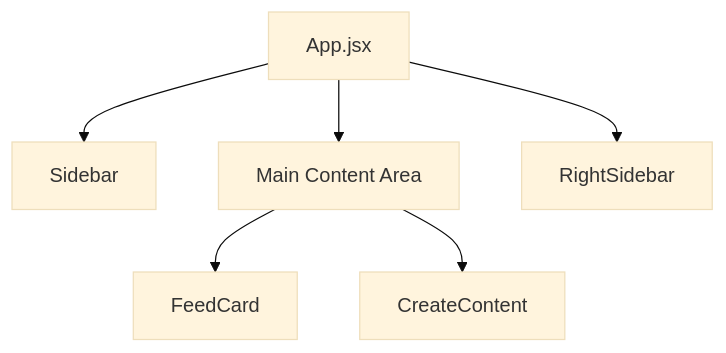
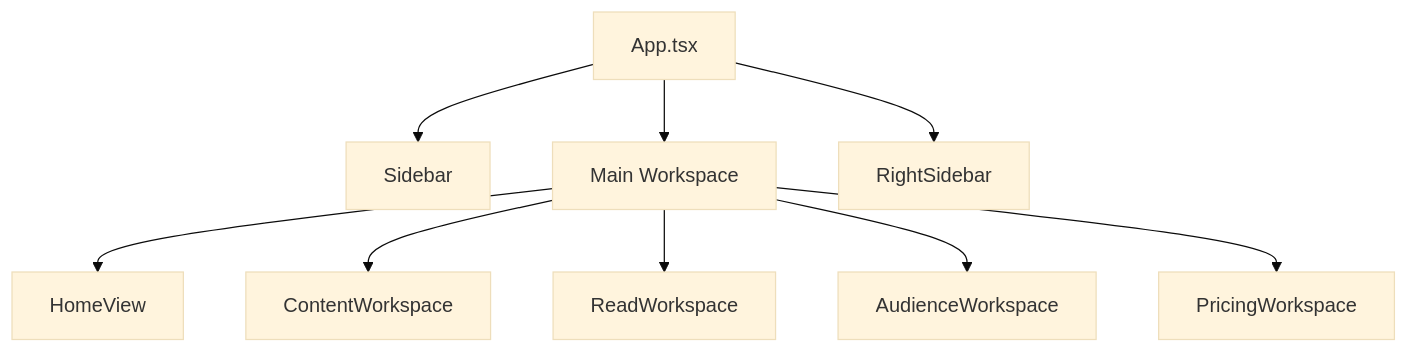
Before and after one commit to thefogusz/test: the diagram in docs/architecture/frontend.md, drawn with Mermaid (base theme). The commit also changed other lines of this file and 7 other files, not shown here.

````diff
--- a/docs/architecture/frontend.md
+++ b/docs/architecture/frontend.md
@@ -19,9 +20,12 @@
 ```mermaid
 flowchart TD
-  A["App.jsx"]
+  A["App.tsx"]
   A --> B["Sidebar"]
-  A --> C["Main Content Area"]
+  A --> C["Main Workspace"]
   A --> D["RightSidebar"]
-  C --> E["FeedCard"]
-  C --> F["CreateContent"]
+  C --> E["HomeView"]
+  C --> F["ContentWorkspace"]
+  C --> G["ReadWorkspace"]
+  C --> H["AudienceWorkspace"]
+  C --> I["PricingWorkspace"]
 ```
````
